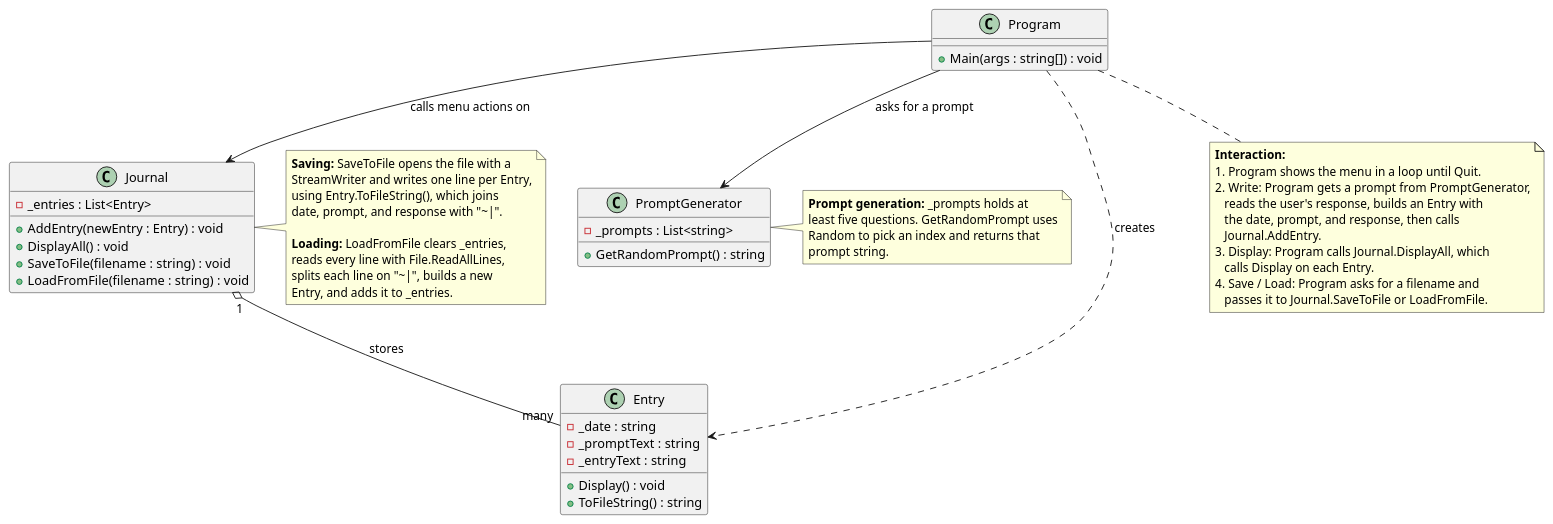
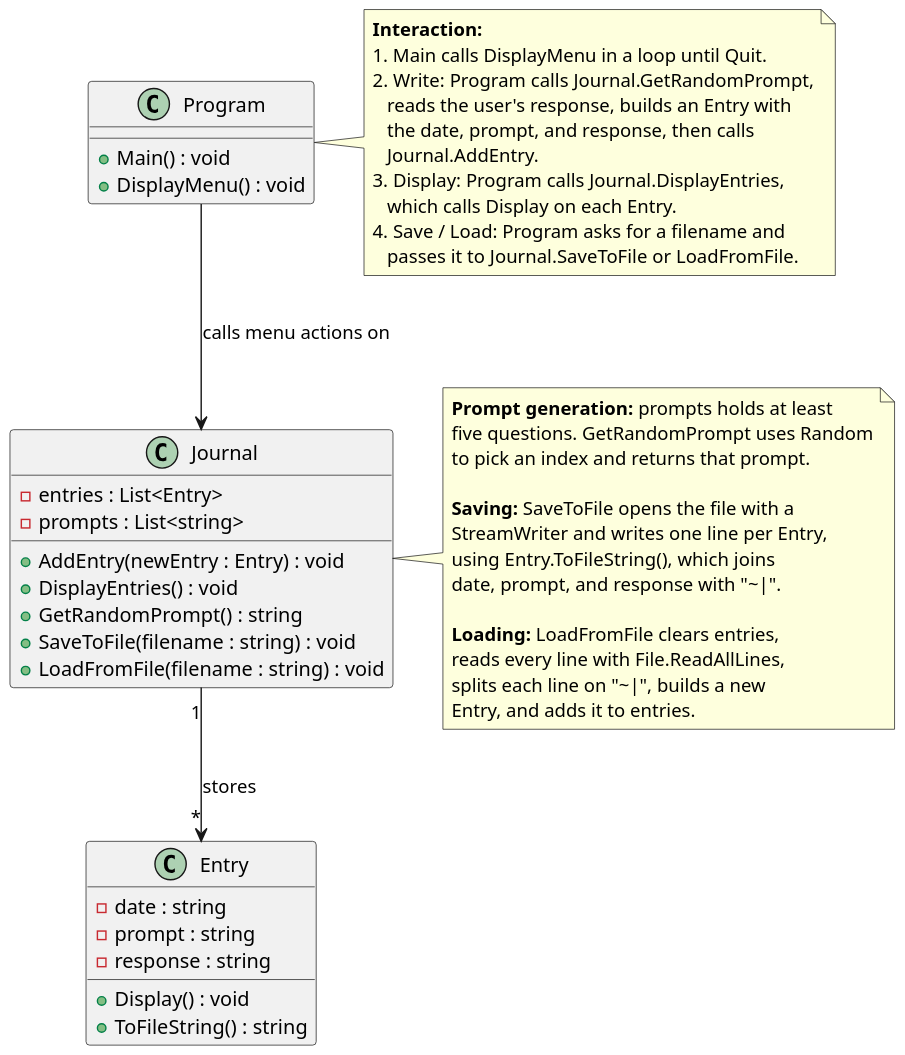
One commit to ssmoot813/cse210-projects changed the diagram in prove/Develop02/journal.puml. Above: the diagram before and after it, drawn with PlantUML. The commit also changed 1 other file, not shown here.

Commit message:
corrected Journal class diagram

```diff
--- a/prove/Develop02/journal.puml
+++ b/prove/Develop02/journal.puml
@@ -1,65 +1,59 @@
 @startuml JournalProgram
+skinparam dpi 150
 
 class Program {
-  +Main(args : string[]) : void
+  +Main() : void
+  +DisplayMenu() : void
 }
 
 class Journal {
-  -_entries : List<Entry>
+  -entries : List<Entry>
+  -prompts : List<string>
   +AddEntry(newEntry : Entry) : void
-  +DisplayAll() : void
+  +DisplayEntries() : void
+  +GetRandomPrompt() : string
   +SaveToFile(filename : string) : void
   +LoadFromFile(filename : string) : void
 }
 
 class Entry {
-  -_date : string
-  -_promptText : string
-  -_entryText : string
+  -date : string
+  -prompt : string
+  -response : string
   +Display() : void
   +ToFileString() : string
 }
 
-class PromptGenerator {
-  -_prompts : List<string>
-  +GetRandomPrompt() : string
-}
+Program --> Journal : calls menu actions on
+Journal "1" --> "*" Entry : stores
 
-Program --> Journal : calls menu actions on
-Program --> PromptGenerator : asks for a prompt
-Program ..> Entry : creates
-Journal "1" o-- "many" Entry : stores
+note right of Program
+  **Interaction:**
+  1. Main calls DisplayMenu in a loop until Quit.
+  2. Write: Program calls Journal.GetRandomPrompt,
+     reads the user's response, builds an Entry with
+     the date, prompt, and response, then calls
+     Journal.AddEntry.
+  3. Display: Program calls Journal.DisplayEntries,
+     which calls Display on each Entry.
+  4. Save / Load: Program asks for a filename and
+     passes it to Journal.SaveToFile or LoadFromFile.
+end note
 
 note right of Journal
+  **Prompt generation:** prompts holds at least
+  five questions. GetRandomPrompt uses Random
+  to pick an index and returns that prompt.
+
   **Saving:** SaveToFile opens the file with a
   StreamWriter and writes one line per Entry,
   using Entry.ToFileString(), which joins
   date, prompt, and response with "~|~".
 
-  **Loading:** LoadFromFile clears _entries,
+  **Loading:** LoadFromFile clears entries,
   reads every line with File.ReadAllLines,
   splits each line on "~|~", builds a new
-  Entry, and adds it to _entries.
-end note
-
-note right of PromptGenerator
-  **Prompt generation:** _prompts holds at
-  least five questions. GetRandomPrompt uses
-  Random to pick an index and returns that
-  prompt string.
-end note
-
-note bottom of Program
-  **Interaction:**
-  1. Program shows the menu in a loop until Quit.
-  2. Write: Program gets a prompt from PromptGenerator,
-     reads the user's response, builds an Entry with
-     the date, prompt, and response, then calls
-     Journal.AddEntry.
-  3. Display: Program calls Journal.DisplayAll, which
-     calls Display on each Entry.
-  4. Save / Load: Program asks for a filename and
-     passes it to Journal.SaveToFile or LoadFromFile.
+  Entry, and adds it to entries.
 end note
 
 @enduml
```
